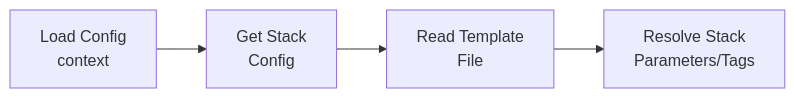
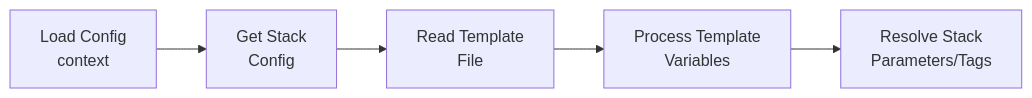
One commit to orien/stackaroo changed the first of 2 diagrams in docs/architecture/resolver.md. Above: the diagram before and after it, drawn with Mermaid. The commit also changed other lines of this file and 11 other files, not shown here.

````diff
--- a/docs/architecture/resolver.md
+++ b/docs/architecture/resolver.md
@@ -91,6 +99,7 @@
 ```mermaid
 flowchart LR
     A[Load Config<br/>context] --> B[Get Stack<br/>Config]
     B --> C[Read Template<br/>File]
-    C --> D[Resolve Stack<br/>Parameters/Tags]
+    C --> D[Process Template<br/>Variables]
+    D --> E[Resolve Stack<br/>Parameters/Tags]
 ```
````
